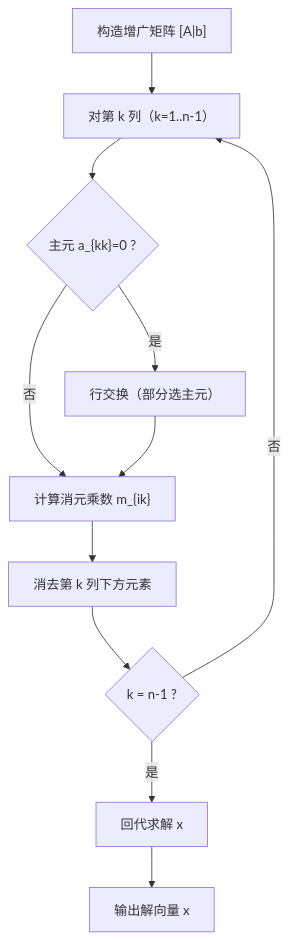
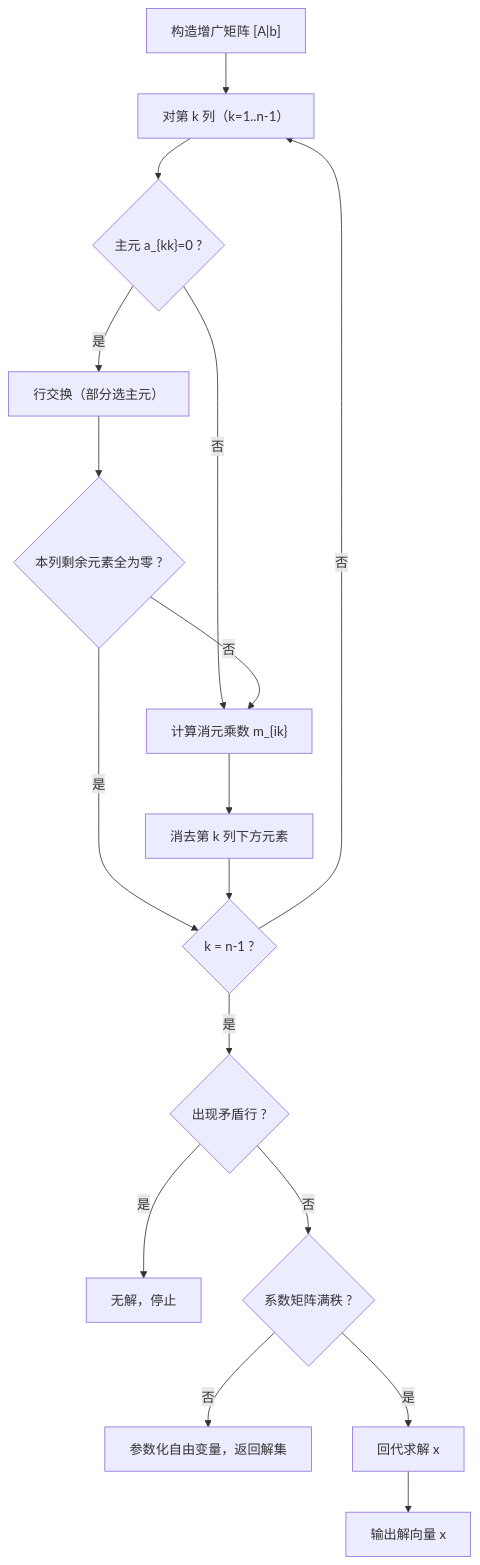
One commit to JunQianNuo/Nuo-s-knowledge-base changed the diagram in 方法/Gauss消元法.md. Above: the diagram before and after it, drawn with Mermaid. The commit also changed other lines of this file and 2578 other files, not shown here.

````diff
--- a/方法/Gauss消元法.md
+++ b/方法/Gauss消元法.md
@@ -157,13 +160,19 @@
 ```mermaid
 flowchart TD
     A["构造增广矩阵 [A|b]"] --> B["对第 k 列（k=1..n-1）"]
     B --> C{"主元 a_{kk}=0 ?"}
     C -->|"是"| D["行交换（部分选主元）"]
     C -->|"否"| E["计算消元乘数 m_{ik}"]
-    D --> E
+    D --> P{"本列剩余元素全为零 ?"}
+    P -->|"否"| E
+    P -->|"是"| G
     E --> F["消去第 k 列下方元素"]
     F --> G{"k = n-1 ?"}
     G -->|"否"| B
-    G -->|"是"| H["回代求解 x"]
+    G -->|"是"| J{"出现矛盾行 ?"}
+    J -->|"是"| K["无解，停止"]
+    J -->|"否"| L{"系数矩阵满秩 ?"}
+    L -->|"否"| M["参数化自由变量，返回解集"]
+    L -->|"是"| H["回代求解 x"]
     H --> I["输出解向量 x"]
 ```
````
